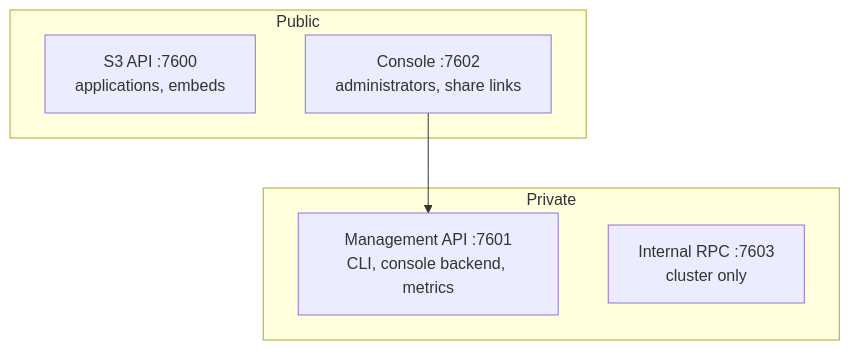
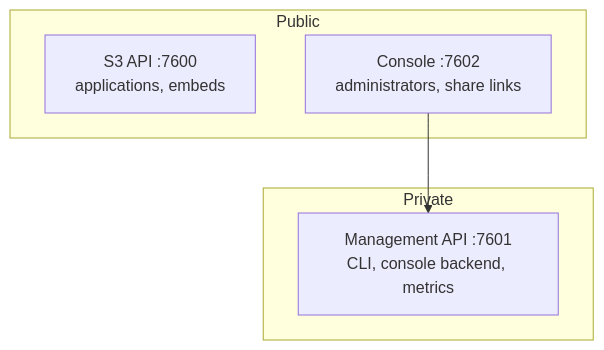
Before and after one commit to OpenElementsLabs/record-store: the diagram in docs/deployment/index.md, drawn with Mermaid. The commit also changed other lines of this file and 60 other files, not shown here.

````diff
--- a/docs/deployment/index.md
+++ b/docs/deployment/index.md
@@ -21,12 +21,11 @@
 ```mermaid
 flowchart TB
     subgraph public [Public]
         S["S3 API :7600<br/>applications, embeds"]
         C["Console :7602<br/>administrators, share links"]
     end
     subgraph private [Private]
         M["Management API :7601<br/>CLI, console backend, metrics"]
-        R["Internal RPC :7603<br/>cluster only"]
     end
     C --> M
 ```
````
